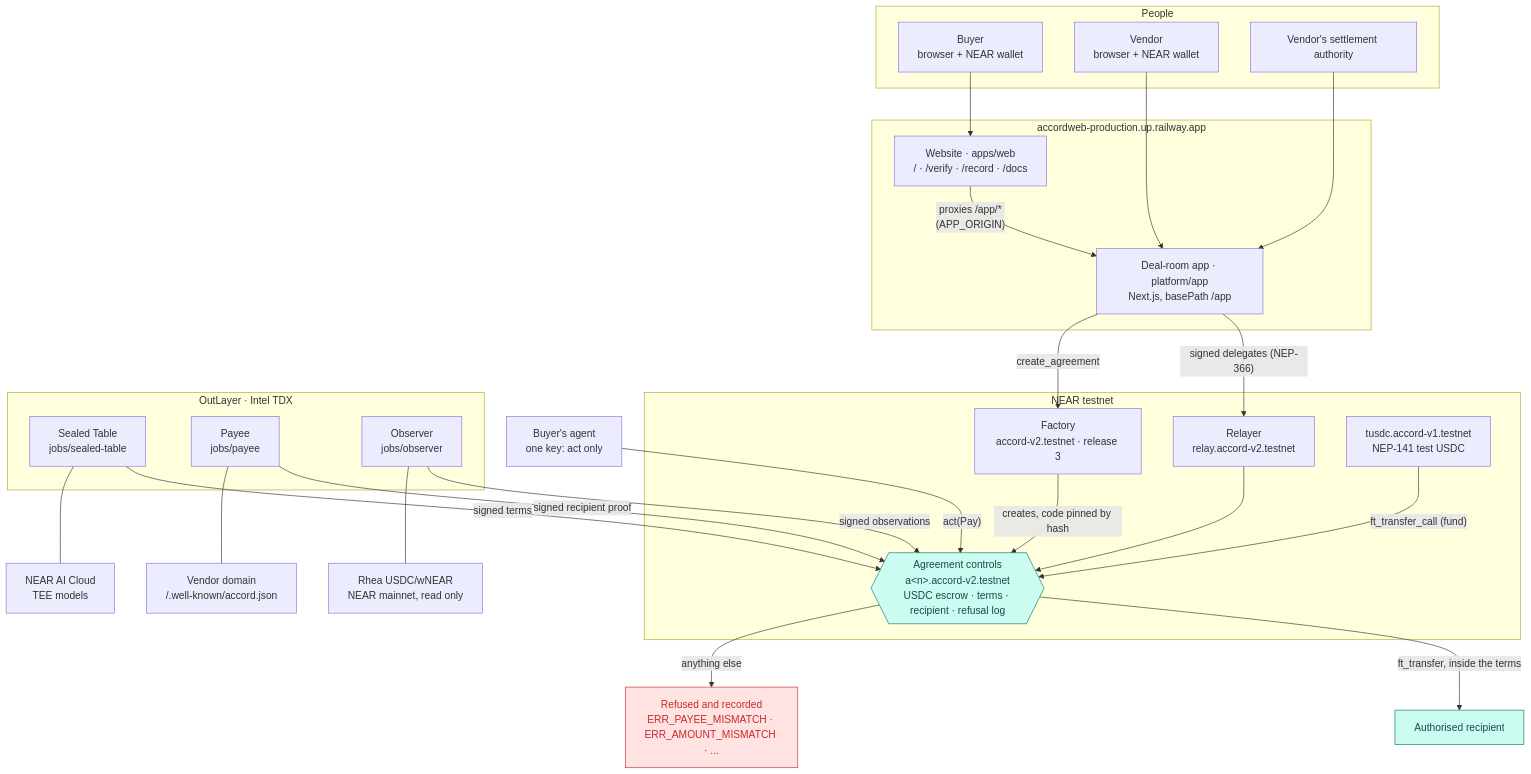
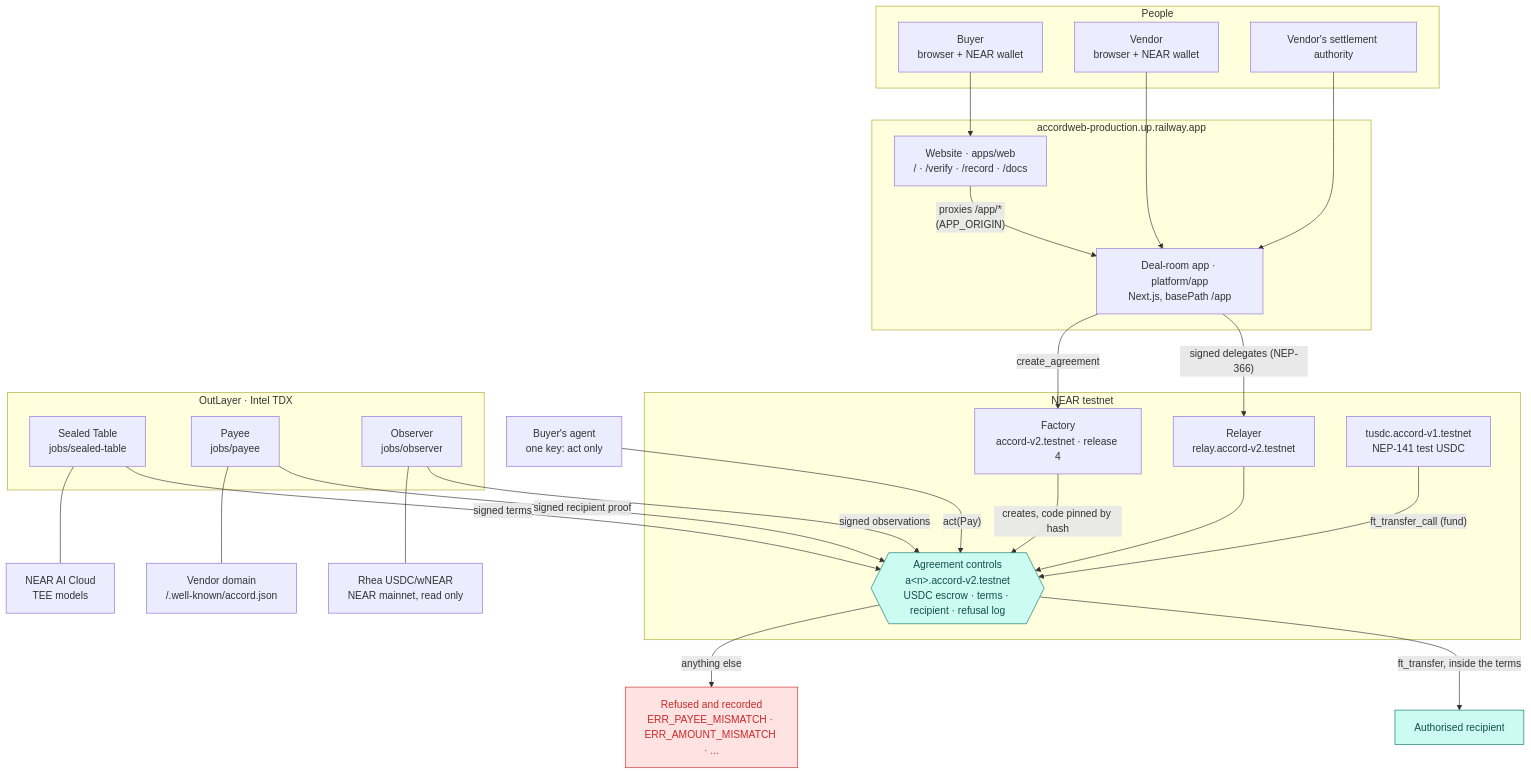
Before and after one commit to Adityaakr/accord: the first of 4 diagrams in README.md, drawn with Mermaid. The commit also changed other lines of this file and 4 other files, not shown here.

````diff
--- a/README.md
+++ b/README.md
@@ -69,56 +70,56 @@
 ```mermaid
 flowchart TB
     subgraph People["People"]
         B["Buyer<br/>browser + NEAR wallet"]
         V["Vendor<br/>browser + NEAR wallet"]
         SA["Vendor's settlement authority"]
     end
 
     subgraph Railway["accordweb-production.up.railway.app"]
         SITE["Website · apps/web<br/>/ · /verify · /record · /docs"]
         APP["Deal-room app · platform/app<br/>Next.js, basePath /app"]
     end
 
     subgraph NEAR["NEAR testnet"]
         REL["Relayer<br/>relay.accord-v2.testnet"]
-        FAC["Factory<br/>accord-v2.testnet · release 3"]
+        FAC["Factory<br/>accord-v2.testnet · release 4"]
         AGR{{"Agreement controls<br/>a&lt;n&gt;.accord-v2.testnet<br/>USDC escrow · terms · recipient · refusal log"}}
         TOK["tusdc.accord-v1.testnet<br/>NEP-141 test USDC"]
     end
 
     subgraph OL["OutLayer · Intel TDX"]
         ST["Sealed Table<br/>jobs/sealed-table"]
         PY["Payee<br/>jobs/payee"]
         OB["Observer<br/>jobs/observer"]
     end
 
     AI["NEAR AI Cloud<br/>TEE models"]
     DOM["Vendor domain<br/>/.well-known/accord.json"]
     RHEA["Rhea USDC/wNEAR<br/>NEAR mainnet, read only"]
     AG["Buyer's agent<br/>one key: act only"]
     RCP["Authorised recipient"]
 
     B --> SITE
     V --> APP
     SA --> APP
     SITE -- "proxies /app/*<br/>(APP_ORIGIN)" --> APP
     APP -- "signed delegates (NEP-366)" --> REL
     APP -- "create_agreement" --> FAC
     REL --> AGR
     FAC -- "creates, code pinned by hash" --> AGR
     TOK -- "ft_transfer_call (fund)" --> AGR
     ST -- "signed terms" --> AGR
     PY -- "signed recipient proof" --> AGR
     OB -- "signed observations" --> AGR
     ST --- AI
     PY --- DOM
     OB --- RHEA
     AG -- "act(Pay)" --> AGR
     AGR -- "ft_transfer, inside the terms" --> RCP
     REF["Refused and recorded<br/>ERR_PAYEE_MISMATCH · ERR_AMOUNT_MISMATCH · ..."]
     AGR -- "anything else" --> REF
     classDef refuse fill:#ffe3e3,stroke:#c92a2a,color:#c92a2a
     classDef ok fill:#ccfbf1,stroke:#0f766e,color:#134e4a
     class REF refuse
     class AGR,RCP ok
 ```
````
